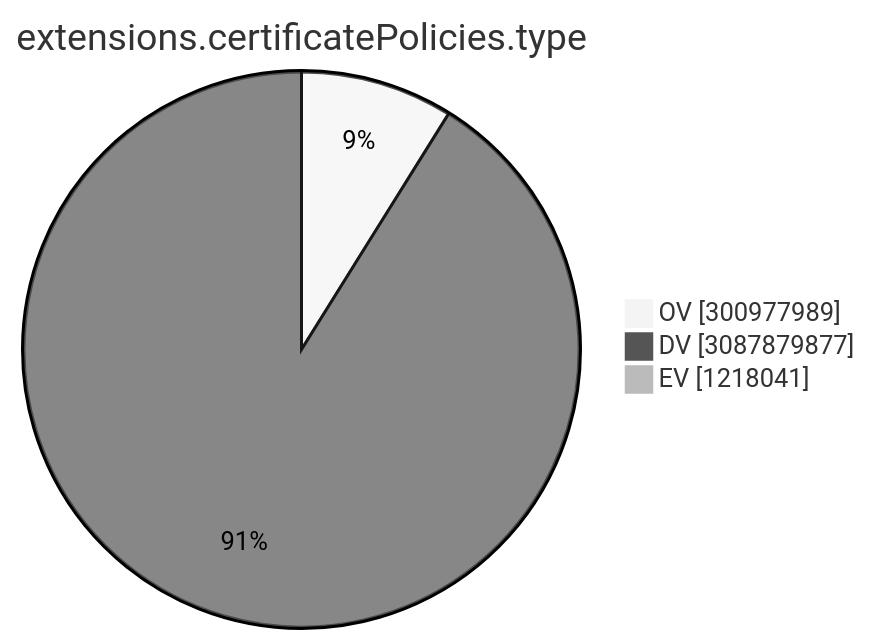
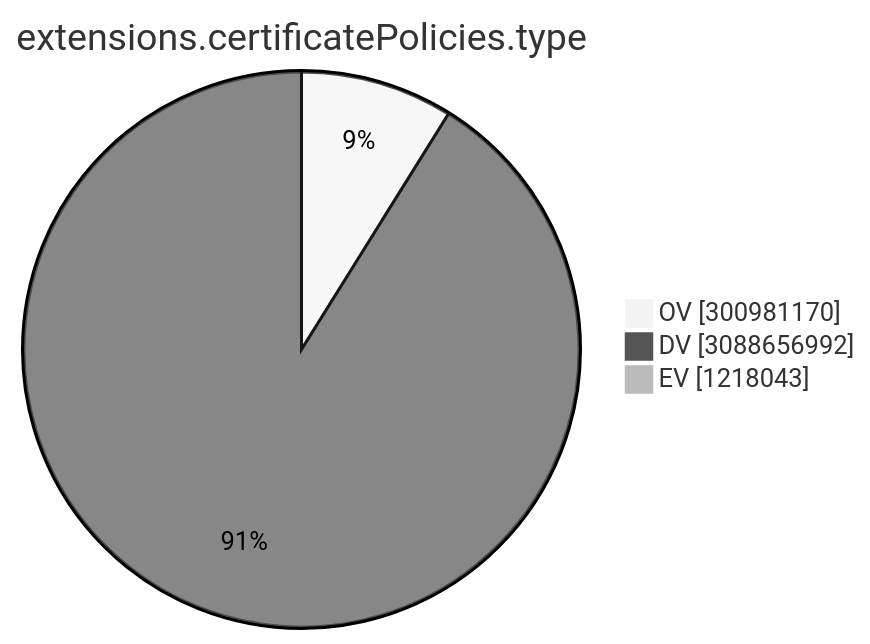
Before and after one commit to christiankrug/ctmonitor_visualization: the ninth of 15 diagrams in TOTAL/README.md, drawn with Mermaid (neutral theme). The commit also changed other lines of this file, not shown here.

````diff
--- a/TOTAL/README.md
+++ b/TOTAL/README.md
@@ -3103,7 +3103,7 @@
 ```mermaid
 pie showData
 title extensions.certificatePolicies.type
-"OV" :300977989
-"DV" :3087879877
-"EV" :1218041
+"OV" :300981170
+"DV" :3088656992
+"EV" :1218043
 ```
````
